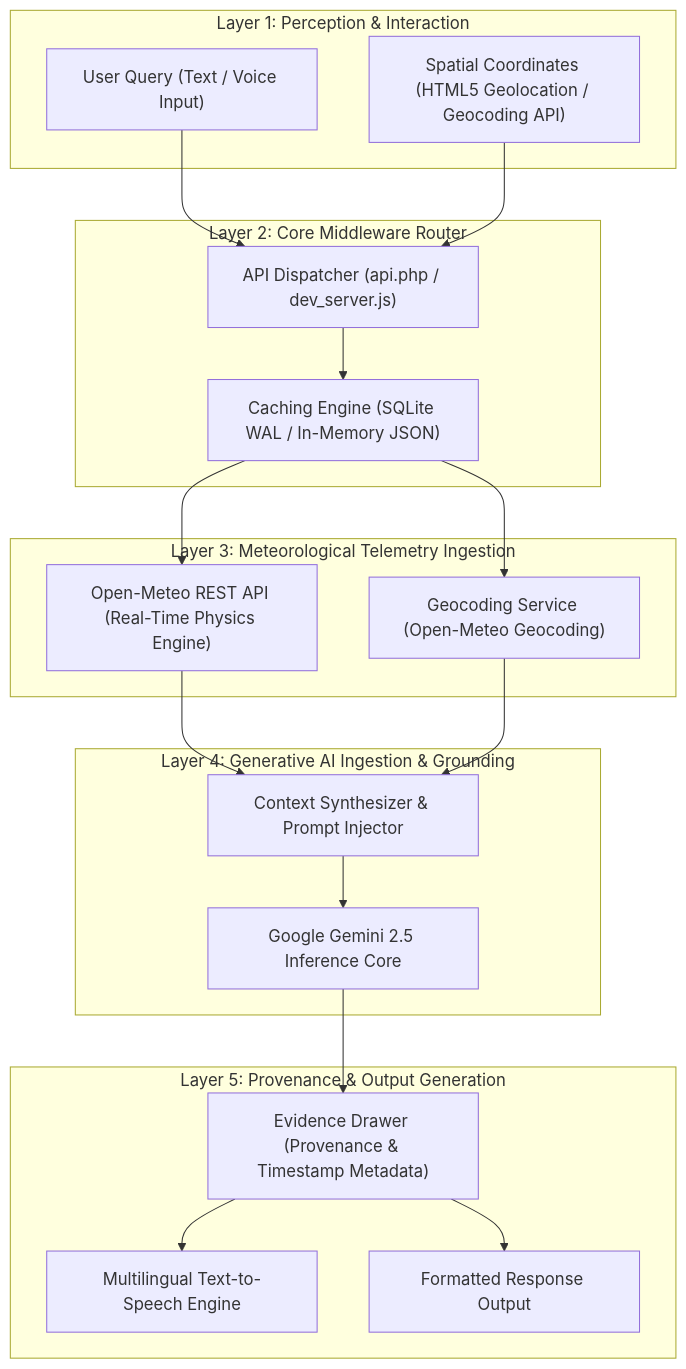
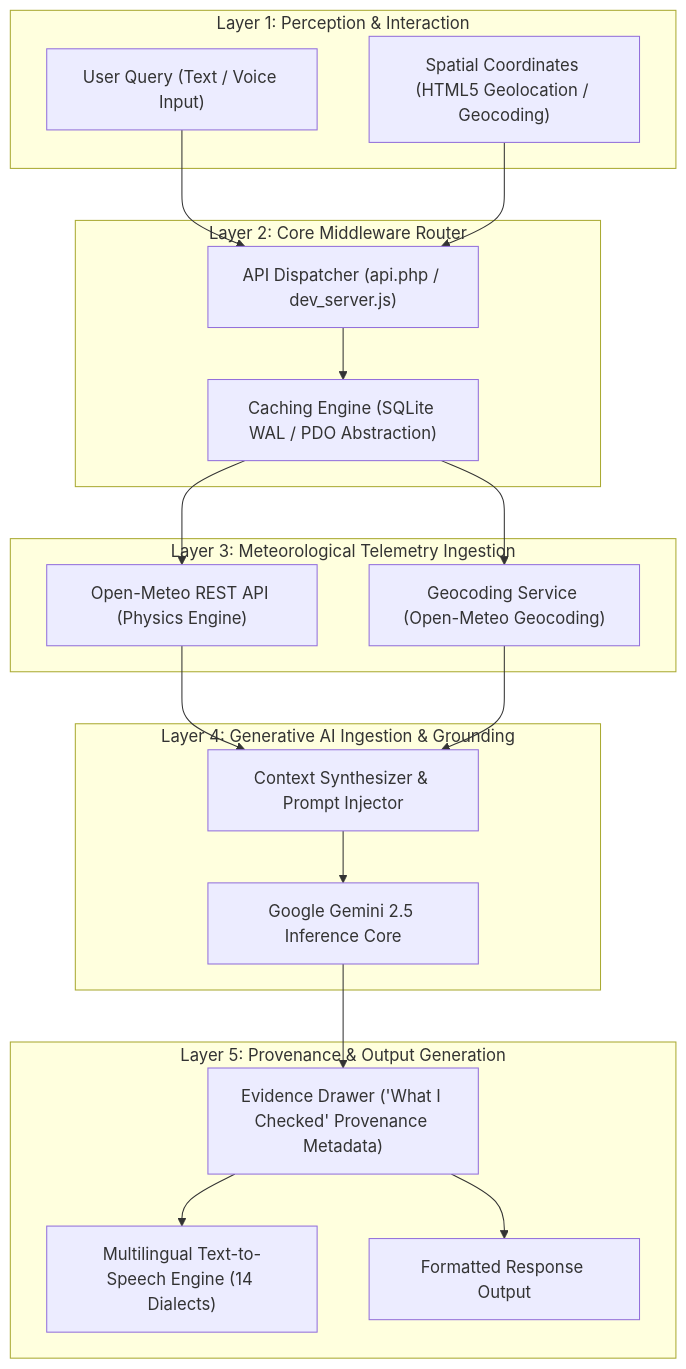
One commit to SohamBirenKatlariwala/WeatherGPT changed the diagram in README.md. Above: the diagram before and after it, drawn with Mermaid. The commit also changed other lines of this file, not shown here.

````diff
--- a/README.md
+++ b/README.md
@@ -68,40 +75,40 @@
 ```mermaid
 flowchart TD
     subgraph L1 ["Layer 1: Perception & Interaction"]
         U["User Query (Text / Voice Input)"]
-        G["Spatial Coordinates (HTML5 Geolocation / Geocoding API)"]
+        G["Spatial Coordinates (HTML5 Geolocation / Geocoding)"]
     end
 
     subgraph L2 ["Layer 2: Core Middleware Router"]
         R["API Dispatcher (api.php / dev_server.js)"]
-        C["Caching Engine (SQLite WAL / In-Memory JSON)"]
+        C["Caching Engine (SQLite WAL / PDO Abstraction)"]
     end
 
     subgraph L3 ["Layer 3: Meteorological Telemetry Ingestion"]
-        OM["Open-Meteo REST API (Real-Time Physics Engine)"]
+        OM["Open-Meteo REST API (Physics Engine)"]
         GEO["Geocoding Service (Open-Meteo Geocoding)"]
     end
 
     subgraph L4 ["Layer 4: Generative AI Ingestion & Grounding"]
         GEM["Google Gemini 2.5 Inference Core"]
         CTX["Context Synthesizer & Prompt Injector"]
     end
 
     subgraph L5 ["Layer 5: Provenance & Output Generation"]
-        E["Evidence Drawer (Provenance & Timestamp Metadata)"]
-        TTS["Multilingual Text-to-Speech Engine"]
+        E["Evidence Drawer ('What I Checked' Provenance Metadata)"]
+        TTS["Multilingual Text-to-Speech Engine (14 Dialects)"]
         RESP["Formatted Response Output"]
     end
 
     U --> R
     G --> R
     R --> C
     C --> OM
     C --> GEO
     OM --> CTX
     GEO --> CTX
     CTX --> GEM
     GEM --> E
     E --> RESP
     E --> TTS
 ```
````
